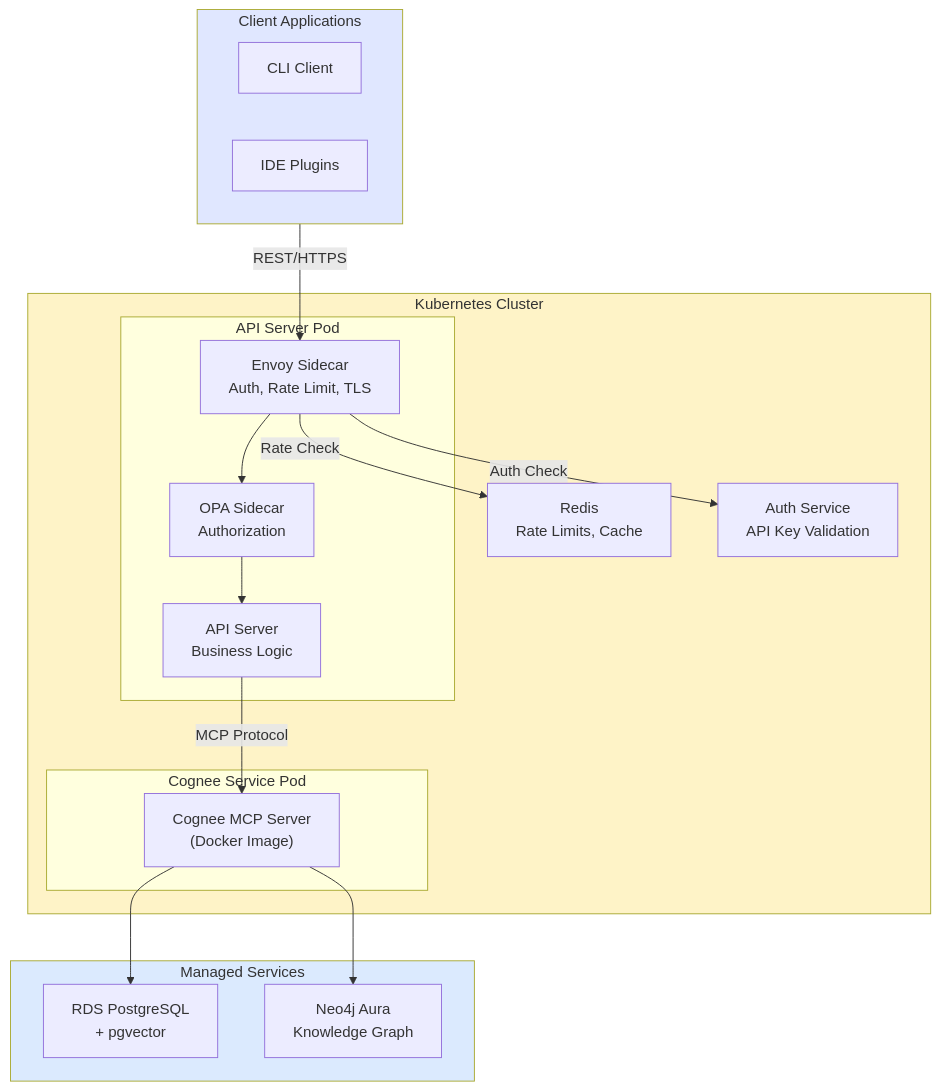
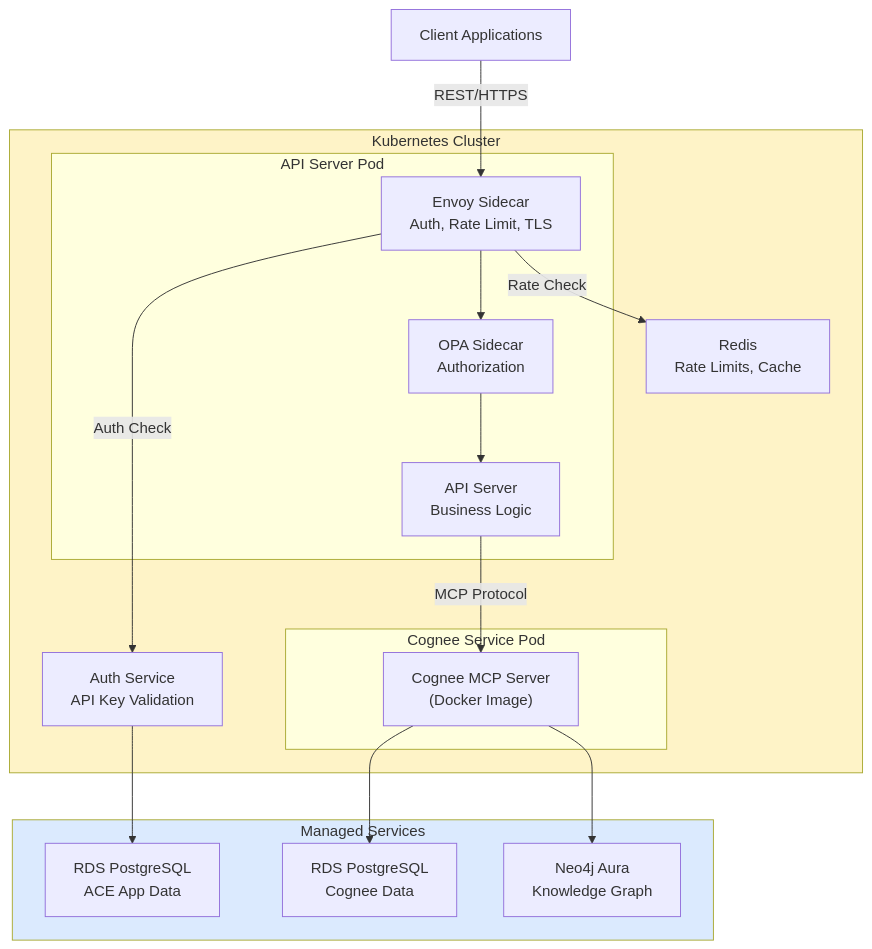
One commit to twistingmercury/mnemonic-mcp changed the diagram in docs/architecture/00-overview.md. Above: the diagram before and after it, drawn with Mermaid. The commit also changed 56 other files, not shown here.

Commit message:
refine architecture, draft MVP plan

````diff
--- a/docs/architecture/00-overview.md
+++ b/docs/architecture/00-overview.md
@@ -57,40 +57,43 @@
 ```mermaid
 graph TB
-    subgraph Clients["Client Applications"]
-        CLI["CLI Client"]
-        IDE["IDE Plugins"]
-    end
+    %% subgraph 
+    Clients["Client Applications"]
+    %%     CLI["CLI Client"]
+    %%     IDE["IDE Plugins"]
+    %% end
 
     subgraph K8s["Kubernetes Cluster"]
         subgraph APIPod["API Server Pod"]
             Envoy["Envoy Sidecar<br/>Auth, Rate Limit, TLS"]
             OPA["OPA Sidecar<br/>Authorization"]
             API["API Server<br/>Business Logic"]
         end
 
         subgraph CogneePod["Cognee Service Pod"]
             CogneeAPI["Cognee MCP Server<br/>(Docker Image)"]
         end
 
         Redis["Redis<br/>Rate Limits, Cache"]
         AuthSvc["Auth Service<br/>API Key Validation"]
     end
 
     subgraph ManagedServices["Managed Services"]
-        RDS["RDS PostgreSQL<br/>+ pgvector"]
+        AppDB["RDS PostgreSQL<br/>ACE App Data"]
+        CogneeDB["RDS PostgreSQL<br/>Cognee Data"]
         Neo4j["Neo4j Aura<br/>Knowledge Graph"]
     end
 
     Clients -->|REST/HTTPS| Envoy
     Envoy --> OPA
     OPA --> API
     Envoy -->|Rate Check| Redis
     Envoy -->|Auth Check| AuthSvc
+    AuthSvc --> AppDB
     API -->|MCP Protocol| CogneeAPI
-    CogneeAPI --> RDS
+    CogneeAPI --> CogneeDB
     CogneeAPI --> Neo4j
 
-    style Clients fill:#E0E7FF
+    %% style Clients fill:#E0E7FF
     style K8s fill:#FEF3C7
     style ManagedServices fill:#DBEAFE
 ```
````
